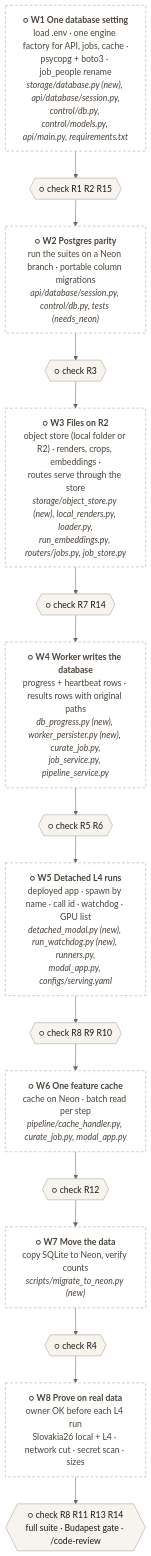
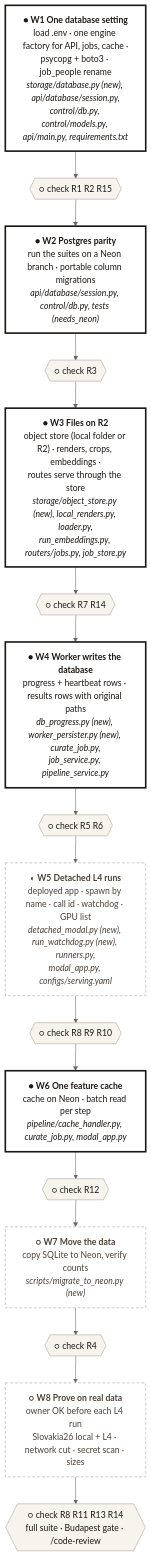
The first of 2 diagrams in specs/117-neon-r2-one-database/spec.md (jonathanhexner/albumify), drawn with Mermaid (neutral theme) before and after one commit. The commit also changed other lines of this file and 12 other files, not shown here.

First line of the commit message:
feat(spec-117 W6): one feature cache for this PC and the L4, one query per step

````diff
--- a/specs/117-neon-r2-one-database/spec.md
+++ b/specs/117-neon-r2-one-database/spec.md
@@ -39,25 +39,26 @@
 ```mermaid
 flowchart TD
-  W1["<b>○ W1 One database setting</b><br/>load .env · one engine factory for API, jobs, cache ·<br/>psycopg + boto3 · job_people rename<br/><i>storage/database.py (new), api/database/session.py,<br/>control/db.py, control/models.py, api/main.py, requirements.txt</i>"]
+  W1["<b>● W1 One database setting</b><br/>load .env · one engine factory for API, jobs, cache ·<br/>psycopg + boto3 · job_people rename<br/><i>storage/database.py (new), api/database/session.py,<br/>control/db.py, control/models.py, api/main.py, requirements.txt</i>"]
   C1{{"○ check R1 R2 R15"}}
-  W2["<b>○ W2 Postgres parity</b><br/>run the suites on a Neon branch · portable column migrations<br/><i>api/database/session.py, control/db.py, tests (needs_neon)</i>"]
+  W2["<b>● W2 Postgres parity</b><br/>run the suites on a Neon branch · portable column migrations<br/><i>api/database/session.py, control/db.py, tests (needs_neon)</i>"]
   C2{{"○ check R3"}}
-  W3["<b>○ W3 Files on R2</b><br/>object store (local folder or R2) · renders, crops, embeddings ·<br/>routes serve through the store<br/><i>storage/object_store.py (new), local_renders.py, loader.py,<br/>run_embeddings.py, routers/jobs.py, job_store.py</i>"]
+  W3["<b>● W3 Files on R2</b><br/>object store (local folder or R2) · renders, crops, embeddings ·<br/>routes serve through the store<br/><i>storage/object_store.py (new), local_renders.py, loader.py,<br/>run_embeddings.py, routers/jobs.py, job_store.py</i>"]
   C3{{"○ check R7 R14"}}
-  W4["<b>○ W4 Worker writes the database</b><br/>progress + heartbeat rows · results rows with original paths<br/><i>db_progress.py (new), worker_persister.py (new), curate_job.py,<br/>job_service.py, pipeline_service.py</i>"]
+  W4["<b>● W4 Worker writes the database</b><br/>progress + heartbeat rows · results rows with original paths<br/><i>db_progress.py (new), worker_persister.py (new), curate_job.py,<br/>job_service.py, pipeline_service.py</i>"]
   C4{{"○ check R5 R6"}}
-  W5["<b>○ W5 Detached L4 runs</b><br/>deployed app · spawn by name · call id · watchdog · GPU list<br/><i>detached_modal.py (new), run_watchdog.py (new), runners.py,<br/>modal_app.py, configs/serving.yaml</i>"]
+  W5["<b>◐ W5 Detached L4 runs</b><br/>deployed app · spawn by name · call id · watchdog · GPU list<br/><i>detached_modal.py (new), run_watchdog.py (new), runners.py,<br/>modal_app.py, configs/serving.yaml</i>"]
   C5{{"○ check R8 R9 R10"}}
-  W6["<b>○ W6 One feature cache</b><br/>cache on Neon · batch read per step<br/><i>pipeline/cache_handler.py, curate_job.py, modal_app.py</i>"]
+  W6["<b>● W6 One feature cache</b><br/>cache on Neon · batch read per step<br/><i>pipeline/cache_handler.py, curate_job.py, modal_app.py</i>"]
   C6{{"○ check R12"}}
   W7["<b>○ W7 Move the data</b><br/>copy SQLite to Neon, verify counts<br/><i>scripts/migrate_to_neon.py (new)</i>"]
   C7{{"○ check R4"}}
   W8["<b>○ W8 Prove on real data</b><br/>owner OK before each L4 run<br/>Slovakia26 local + L4 · network cut · secret scan · sizes"]
   C8{{"○ check R8 R11 R13 R14<br/>full suite · Budapest gate · /code-review"}}
   W1 --> C1 --> W2 --> C2 --> W3 --> C3 --> W4 --> C4 --> W5 --> C5 --> W6 --> C6 --> W7 --> C7 --> W8 --> C8
   classDef done fill:#FFFFFF,stroke:#1B1714,stroke-width:3px,color:#1B1714
   classDef todo fill:#FFFFFF,stroke:#A89F92,stroke-width:1px,stroke-dasharray:5 4,color:#4A4239
   classDef check fill:#F7F4EE,stroke:#A89F92,color:#1B1714
-  class W1,W2,W3,W4,W5,W6,W7,W8 todo
+  class W1,W2,W3,W4,W6 done
+  class W5,W7,W8 todo
   class C1,C2,C3,C4,C5,C6,C7,C8 check
 ```
````
